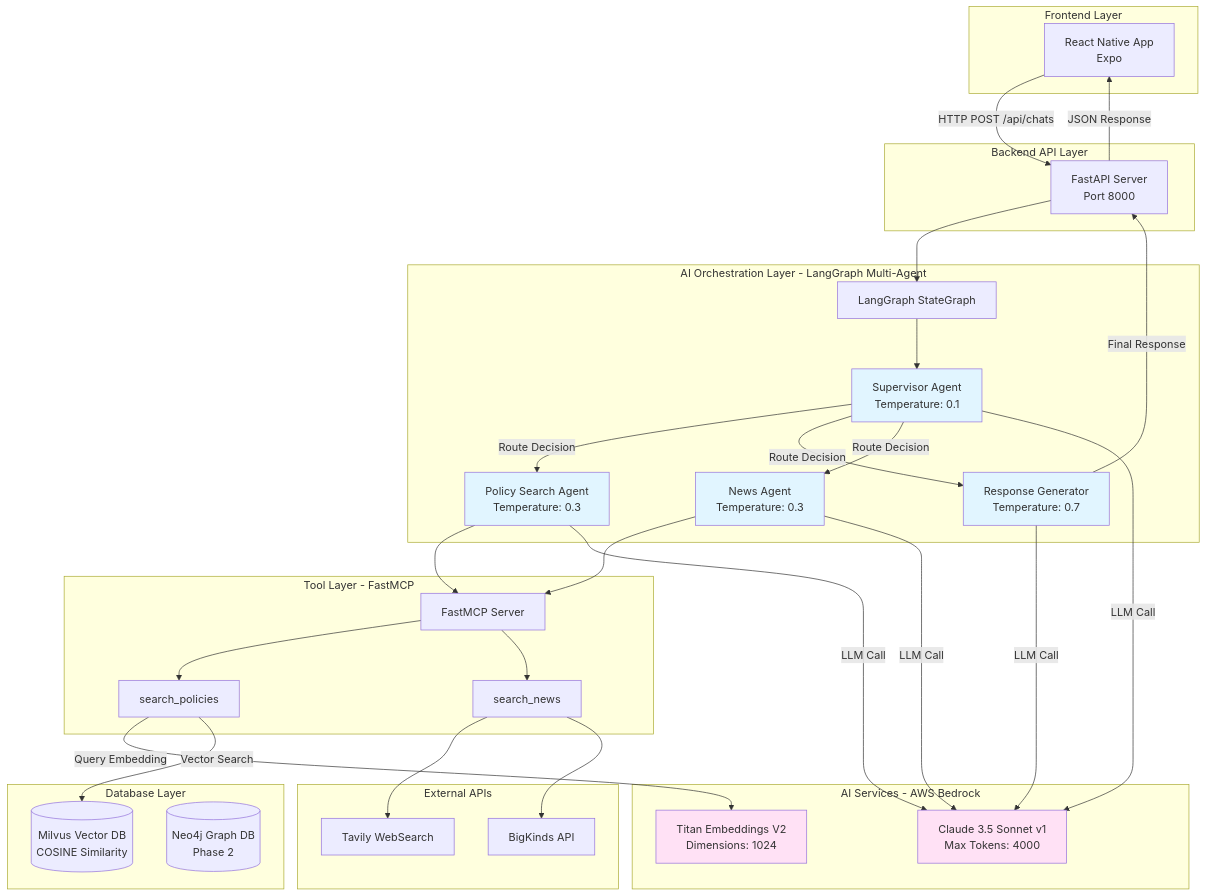
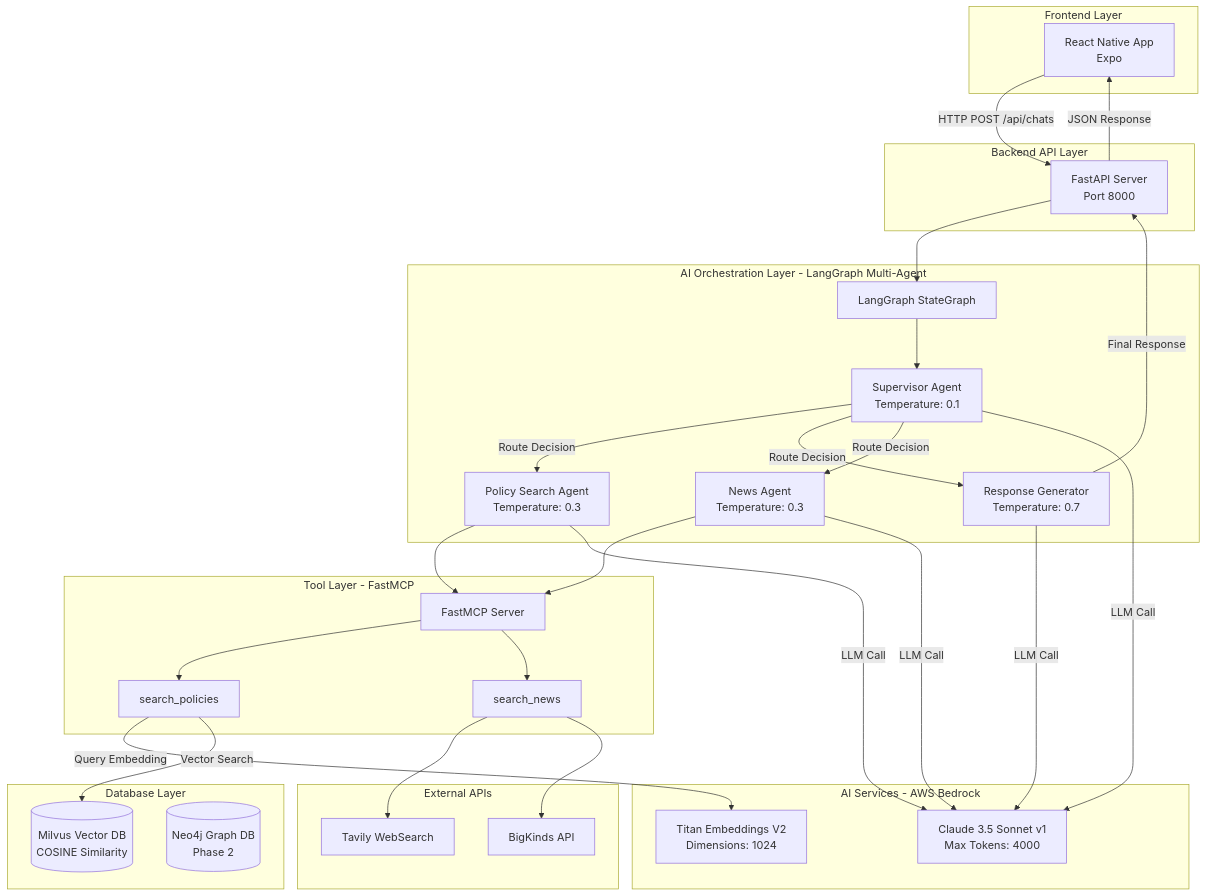
Before and after one commit to 1282saa/ssaacc: the first of 2 diagrams in README.md, drawn with Mermaid. The commit also changed other lines of this file, not shown here.

First line of the commit message:
docs: Remove colors from architecture diagrams for better visibility

````diff
--- a/README.md
+++ b/README.md
@@ -19,73 +19,66 @@
 ```mermaid
 graph TB
     subgraph "Frontend Layer"
         Mobile[React Native App<br/>Expo]
     end
 
     subgraph "Backend API Layer"
         API[FastAPI Server<br/>Port 8000]
     end
 
     subgraph "AI Orchestration Layer - LangGraph Multi-Agent"
         LG[LangGraph StateGraph]
         Supervisor[Supervisor Agent<br/>Temperature: 0.1]
         PolicyAgent[Policy Search Agent<br/>Temperature: 0.3]
         ResponseAgent[Response Generator<br/>Temperature: 0.7]
         NewsAgent[News Agent<br/>Temperature: 0.3]
     end
 
     subgraph "Tool Layer - FastMCP"
         MCP[FastMCP Server]
         SearchTool[search_policies]
         NewsTool[search_news]
     end
 
     subgraph "AI Services - AWS Bedrock"
         Claude[Claude 3.5 Sonnet v1<br/>Max Tokens: 4000]
         Titan[Titan Embeddings V2<br/>Dimensions: 1024]
     end
 
     subgraph "External APIs"
         Tavily[Tavily WebSearch]
         BigKinds[BigKinds API]
     end
 
     subgraph "Database Layer"
         Milvus[(Milvus Vector DB<br/>COSINE Similarity)]
         Neo4j[(Neo4j Graph DB<br/>Phase 2)]
     end
 
     Mobile -->|HTTP POST /api/chats| API
     API --> LG
     LG --> Supervisor
     Supervisor -->|Route Decision| PolicyAgent
     Supervisor -->|Route Decision| ResponseAgent
     Supervisor -->|Route Decision| NewsAgent
 
     PolicyAgent --> MCP
     NewsAgent --> MCP
 
     MCP --> SearchTool
     MCP --> NewsTool
 
     SearchTool -->|Query Embedding| Titan
     SearchTool -->|Vector Search| Milvus
 
     NewsTool --> Tavily
     NewsTool --> BigKinds
 
     PolicyAgent -->|LLM Call| Claude
     ResponseAgent -->|LLM Call| Claude
     NewsAgent -->|LLM Call| Claude
     Supervisor -->|LLM Call| Claude
 
     ResponseAgent -->|Final Response| API
     API -->|JSON Response| Mobile
-
-    style Supervisor fill:#e1f5ff
-    style PolicyAgent fill:#e1f5ff
-    style ResponseAgent fill:#e1f5ff
-    style NewsAgent fill:#e1f5ff
-    style Claude fill:#ffe1f5
-    style Titan fill:#ffe1f5
 ```
````
